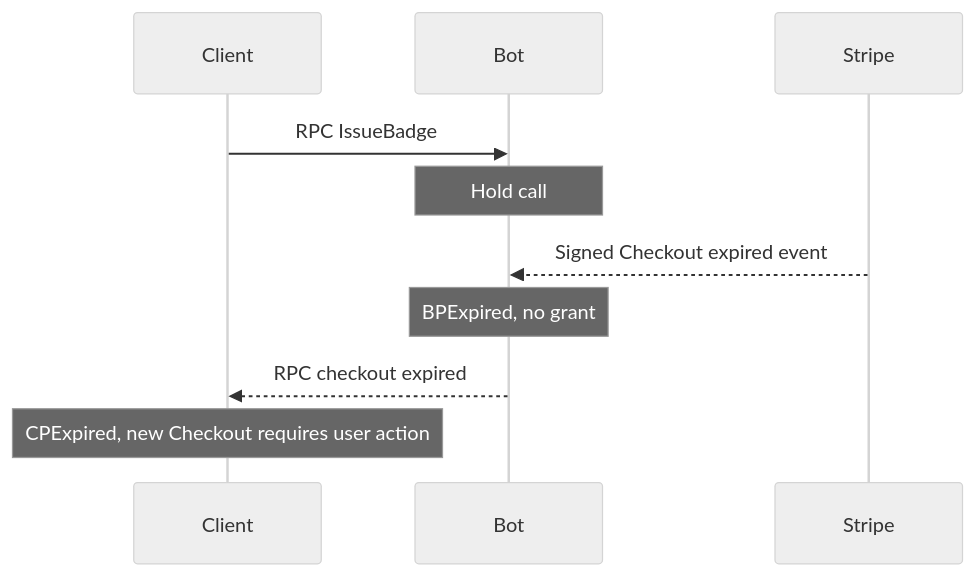
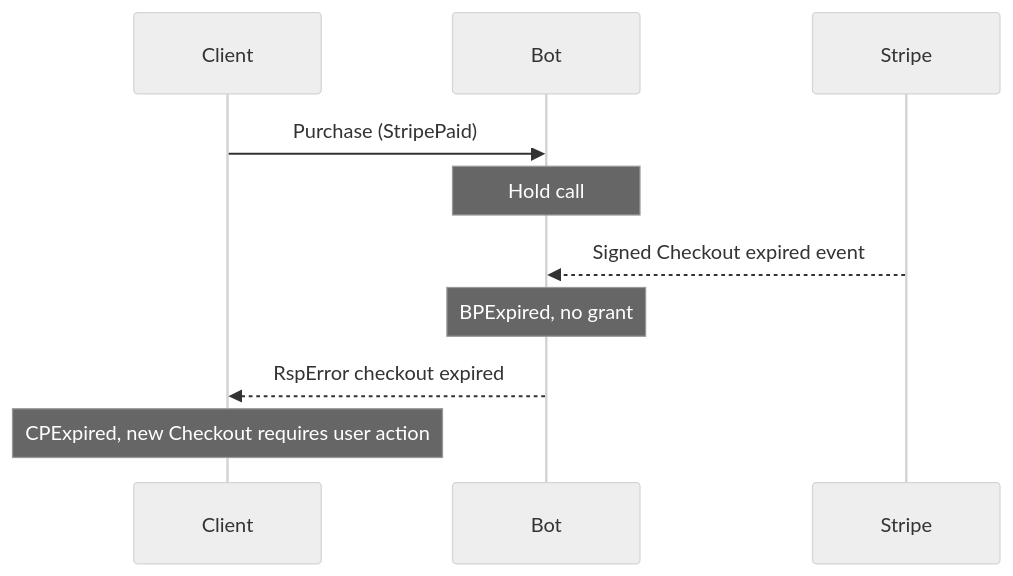
One commit to simplex-chat/simplex-chat changed the ninth of 12 diagrams in plans/2026-07-20-supporter-badges-v2-product.md. Above: the diagram before and after it, drawn with Mermaid (neutral theme). The commit also changed other lines of this file and 3 other files, not shown here.

````diff
--- a/plans/2026-07-20-supporter-badges-v2-product.md
+++ b/plans/2026-07-20-supporter-badges-v2-product.md
@@ -247,12 +251,12 @@
 ```mermaid
 sequenceDiagram
   participant C as Client
   participant B as Bot
   participant S as Stripe
-  C->>B: RPC IssueBadge
+  C->>B: Purchase (StripePaid)
   Note over B: Hold call
   S-->>B: Signed Checkout expired event
   Note over B: BPExpired, no grant
-  B-->>C: RPC checkout expired
+  B-->>C: RspError checkout expired
   Note over C: CPExpired, new Checkout requires user action
 ```
````
